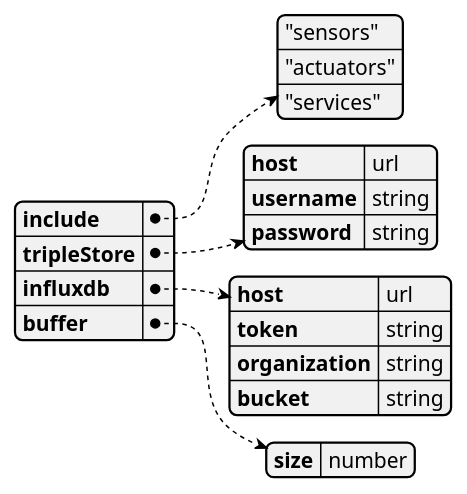
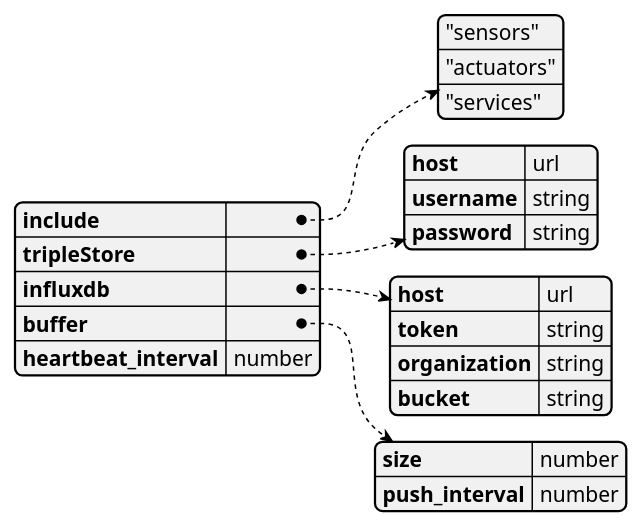
The diagram in documentation/architecture/program_config_schema.pu (Praktikum-PvAS/process-historian), drawn with PlantUML before and after one commit. The commit also changed 1 other file, not shown here.

Commit message:
Add push_- & heartbeat_interval in preparation of #26

```diff
--- a/documentation/architecture/program_config_schema.pu
+++ b/documentation/architecture/program_config_schema.pu
@@ -1,19 +1,21 @@
 @startjson "Program Config"
 {
     "include": ["\"sensors\"", "\"actuators\"", "\"services\""],
     "tripleStore": {
         "host": "url",
         "username": "string",
         "password": "string"
     },
     "influxdb": {
         "host": "url",
         "token": "string",
         "organization": "string",
         "bucket": "string"
     },
     "buffer": {
-        "size": "number"
-    }
+        "size": "number",
+        "push_interval": "number"
+    },
+    "heartbeat_interval": "number"
 }
 @endjson
```
